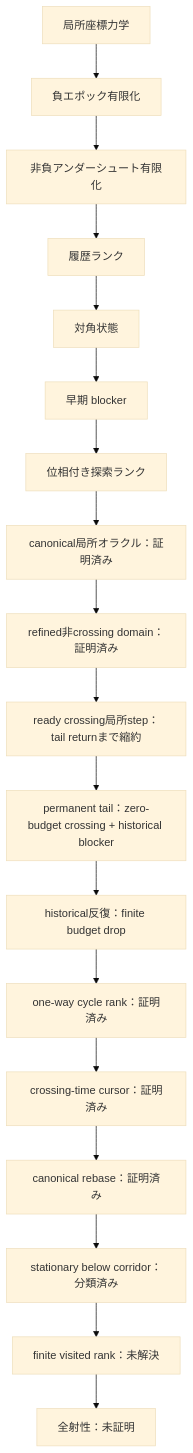
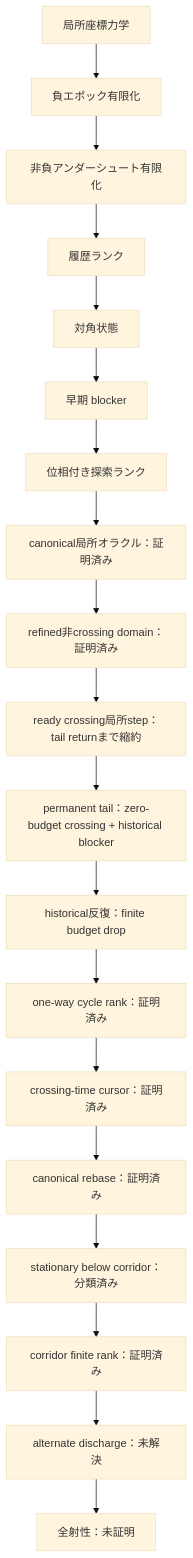
One commit to hirokidaichi/recaman-lean-research changed the diagram in README.md. Above: the diagram before and after it, drawn with Mermaid (base theme). The commit also changed other lines of this file and 9 other files, not shown here.

````diff
--- a/README.md
+++ b/README.md
@@ -106,20 +111,21 @@
 ```mermaid
 flowchart TD
     A["局所座標力学"] --> B["負エポック有限化"]
     B --> C["非負アンダーシュート有限化"]
     C --> D["履歴ランク"]
     D --> E["対角状態"]
     E --> F["早期 blocker"]
     F --> G["位相付き探索ランク"]
     G --> H["canonical局所オラクル：証明済み"]
     H --> I["refined非crossing domain：証明済み"]
     I --> J["ready crossing局所step：tail returnまで縮約"]
     J --> K["permanent tail：zero-budget crossing + historical blocker"]
     K --> L["historical反復：finite budget drop"]
     L --> M["one-way cycle rank：証明済み"]
     M --> N["crossing-time cursor：証明済み"]
     N --> O["canonical rebase：証明済み"]
     O --> P["stationary below corridor：分類済み"]
-    P --> Q["finite visited rank：未解決"]
-    Q --> R["全射性：未証明"]
+    P --> Q["corridor finite rank：証明済み"]
+    Q --> R["alternate discharge：未解決"]
+    R --> S["全射性：未証明"]
 ```
````
